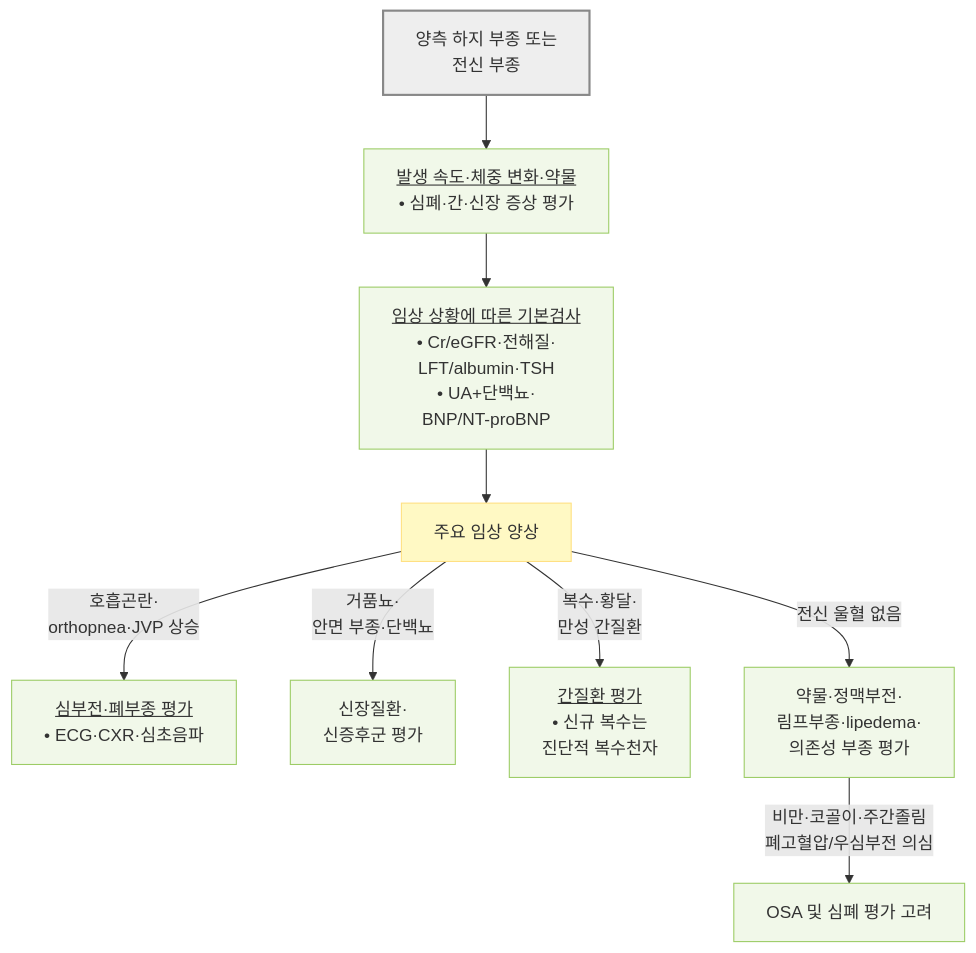
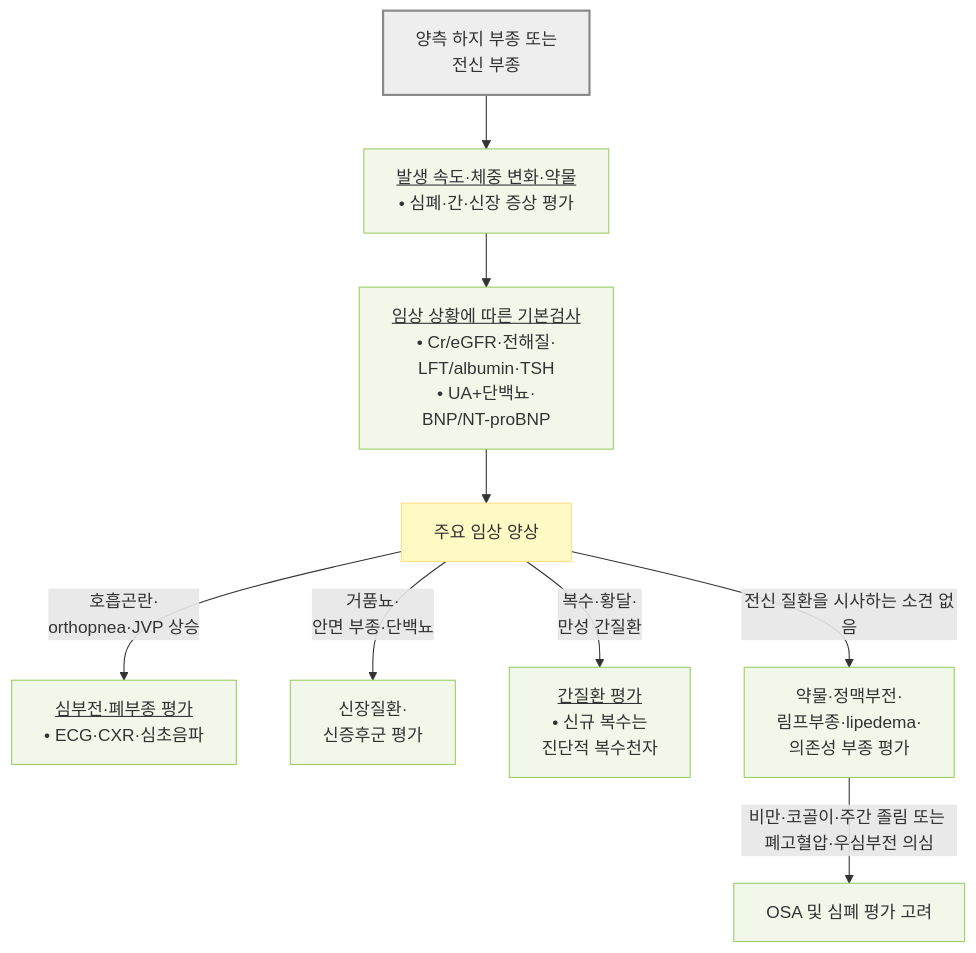
One commit to familyoh77/familyoh77 changed the third of 5 diagrams in 220_/012_-edema.md. Above: the diagram before and after it, drawn with Mermaid. The commit also changed other lines of this file, not shown here.

````diff
--- a/220_/012_-edema.md
+++ b/220_/012_-edema.md
@@ -306,18 +316,18 @@
 ```mermaid
 flowchart TD
     SG3["양측 하지 부종 또는<br/>전신 부종"]
     SG3 --> A3["<u>발생 속도·체중 변화·약물</u><br/>• 심폐·간·신장 증상 평가"]
     A3 --> B3["<u>임상 상황에 따른 기본검사</u><br/>• Cr/eGFR·전해질·<br/>LFT/albumin·TSH<br/>• UA+단백뇨·<br/>BNP/NT-proBNP"]
     B3 --> C3["주요 임상 양상"]
     C3 -- "호흡곤란·<br/>orthopnea·JVP 상승" --> D3a["<u>심부전·폐부종 평가</u><br/>• ECG·CXR·심초음파"]
     C3 -- "거품뇨·<br/>안면 부종·단백뇨" --> D3b["신장질환·<br/>신증후군 평가"]
     C3 -- "복수·황달·<br/>만성 간질환" --> D3c["<u>간질환 평가</u><br/>• 신규 복수는 <br/>진단적 복수천자"]
-    C3 -- "전신 울혈 없음" --> D3d["약물·정맥부전·<br/>림프부종·lipedema·<br/>의존성 부종 평가"]
-    D3d -- "비만·코골이·주간졸림 <br/>폐고혈압/우심부전 의심" --> E3["OSA 및 심폐 평가 고려"]
+    C3 -- "전신 질환을 시사하는 소견 없음" --> D3d["약물·정맥부전·<br/>림프부종·lipedema·<br/>의존성 부종 평가"]
+    D3d -- "비만·코골이·주간 졸림 또는 폐고혈압·우심부전 의심" --> E3["OSA 및 심폐 평가 고려"]
     classDef start fill:#eeeeee,stroke:#888888,stroke-width:2px
     classDef question fill:#fff9c4,stroke:#ffe082
     classDef evaluation fill:#f1f8e9,stroke:#9ccc65
     class SG3 start
     class C3 question
     class A3,B3,D3a,D3b,D3c,D3d,E3 evaluation
 ```
````
